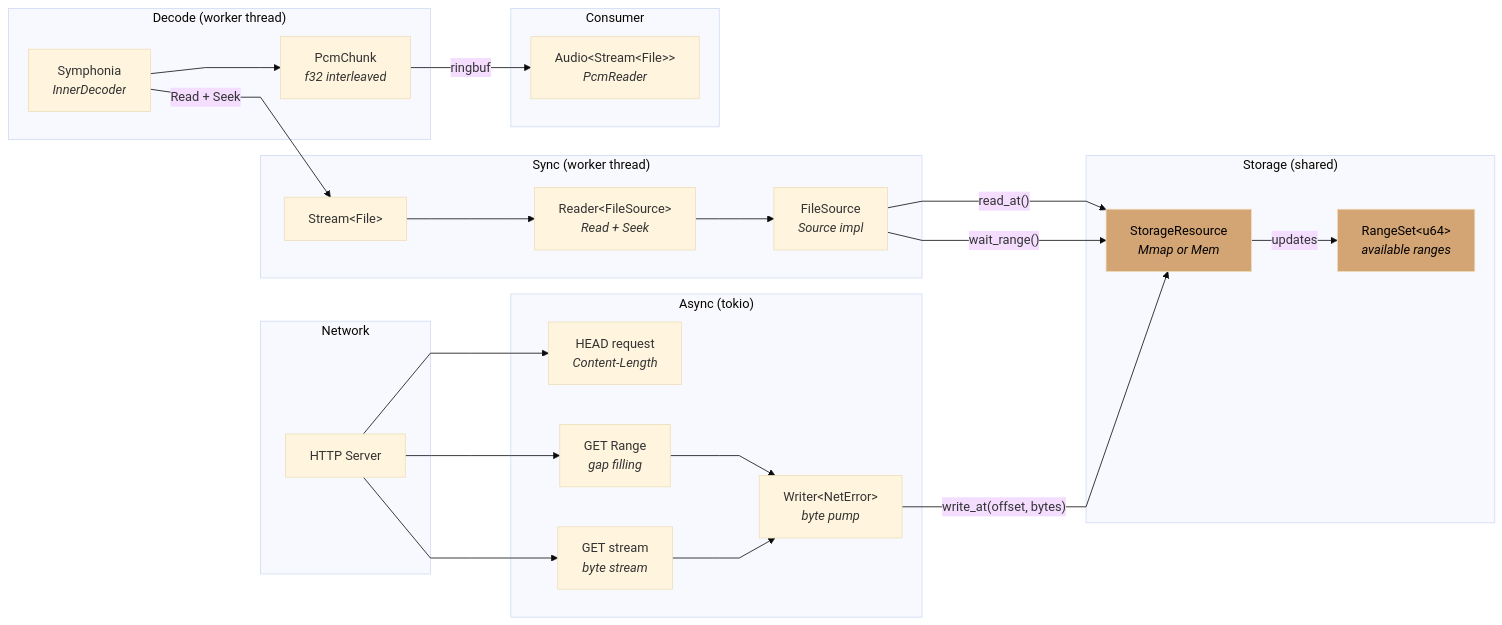
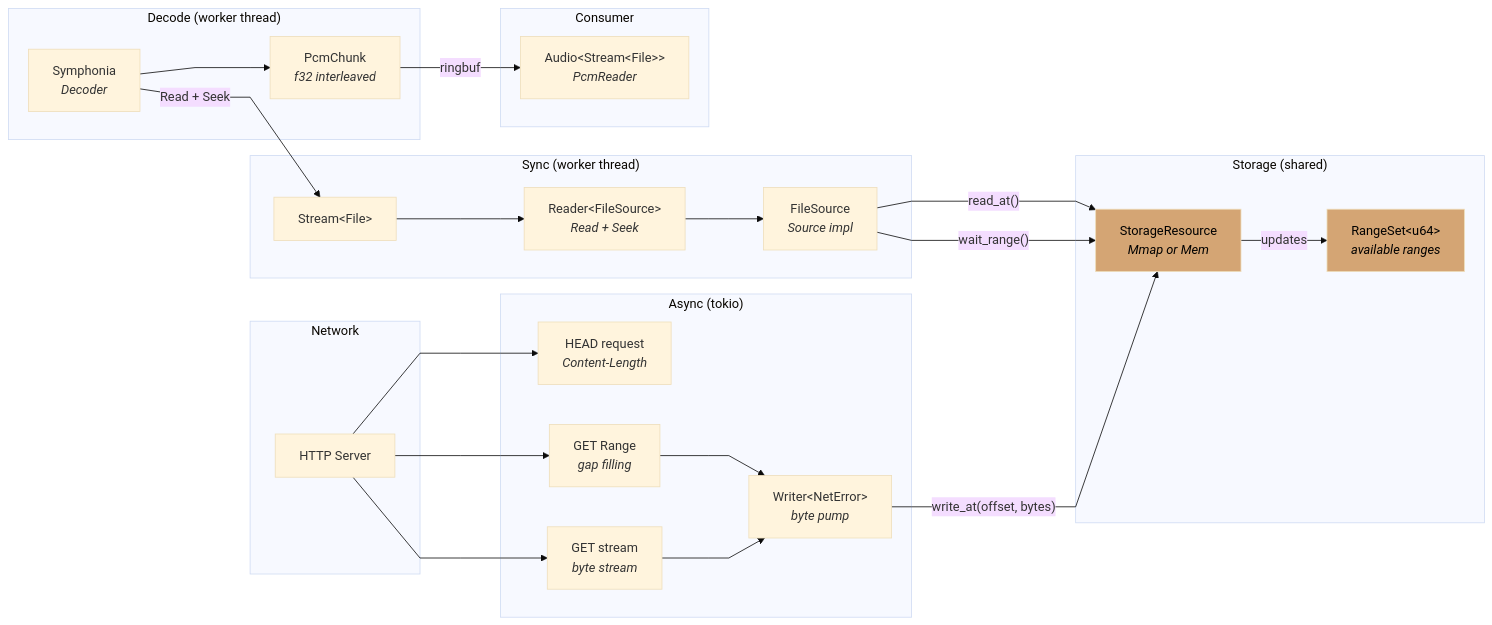
Before and after one commit to zvuk/kithara: the diagram in crates/kithara-file/README.md, drawn with Mermaid (base theme). The commit also changed 890 other files, not shown here.

````diff
--- a/crates/kithara-file/README.md
+++ b/crates/kithara-file/README.md
@@ -30,52 +30,52 @@
 ```mermaid
 %%{init: {"flowchart": {"curve": "linear"}} }%%
 flowchart LR
     subgraph Network
         HTTP["HTTP Server"]
     end
 
     subgraph "Async (tokio)"
         HEAD["HEAD request<br/><i>Content-Length</i>"]
         GET["GET stream<br/><i>byte stream</i>"]
         Writer["Writer&lt;NetError&gt;<br/><i>byte pump</i>"]
         RangeReq["GET Range<br/><i>gap filling</i>"]
     end
 
     subgraph "Storage (shared)"
         SR["StorageResource<br/><i>Mmap or Mem</i>"]
         RS["RangeSet&lt;u64&gt;<br/><i>available ranges</i>"]
     end
 
     subgraph "Sync (worker thread)"
         FS["FileSource<br/><i>Source impl</i>"]
         Reader["Reader&lt;FileSource&gt;<br/><i>Read + Seek</i>"]
         StreamW["Stream&lt;File&gt;"]
     end
 
     subgraph "Decode (worker thread)"
-        Decoder["Symphonia<br/><i>InnerDecoder</i>"]
+        Decoder["Symphonia<br/><i>Decoder</i>"]
         PCM["PcmChunk<br/><i>f32 interleaved</i>"]
     end
 
     subgraph "Consumer"
         Audio["Audio&lt;Stream&lt;File&gt;&gt;<br/><i>PcmReader</i>"]
     end
 
     HTTP --> HEAD
     HTTP --> GET
     HTTP --> RangeReq
     GET --> Writer
     RangeReq --> Writer
     Writer -- "write_at(offset, bytes)" --> SR
     SR -- "updates" --> RS
     FS -- "wait_range()" --> SR
     FS -- "read_at()" --> SR
     Reader --> FS
     StreamW --> Reader
     Decoder -- "Read + Seek" --> StreamW
     Decoder --> PCM
     PCM -- "ringbuf" --> Audio
 
     style SR fill:#d4a574,color:#000
     style RS fill:#d4a574,color:#000
 ```
````
